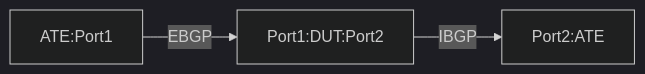
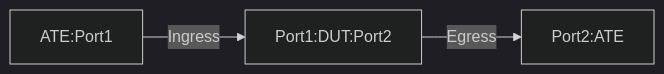
Before and after one commit to openconfig/featureprofiles: the diagram in feature/policy_forwarding/GUE/Outer_IPv4/decapsulation/otg_tests/Inner_IP/README.md, drawn with Mermaid (dark theme). The commit also changed other lines of this file, not shown here.

````diff
--- a/feature/policy_forwarding/GUE/Outer_IPv4/decapsulation/otg_tests/Inner_IP/README.md
+++ b/feature/policy_forwarding/GUE/Outer_IPv4/decapsulation/otg_tests/Inner_IP/README.md
@@ -27,5 +28,4 @@
 ```mermaid
 graph LR; 
-A[ATE:Port1] -- EBGP --> B[Port1:DUT:Port2];
-B -- IBGP --> C[Port2:ATE];
+A[ATE:Port1] --Ingress--> B[Port1:DUT:Port2];B --Egress--> C[Port2:ATE];
 ```
````
